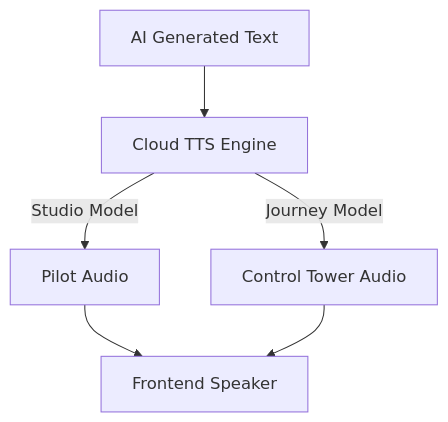
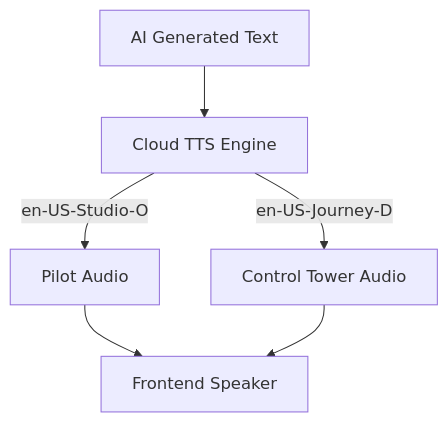
The diagram in codelab/05-immersive-audio.md (jorgeajimenez/ai-flight-simulator), drawn with Mermaid before and after one commit. The commit also changed other lines of this file and 5 other files, not shown here.

````diff
--- a/codelab/05-immersive-audio.md
+++ b/codelab/05-immersive-audio.md
@@ -11,8 +11,8 @@
 ```mermaid
 graph TD
     Text[AI Generated Text] --> TTS[Cloud TTS Engine]
-    TTS -->|Studio Model| P[Pilot Audio]
-    TTS -->|Journey Model| ATC[Control Tower Audio]
+    TTS -->|en-US-Studio-O| P[Pilot Audio]
+    TTS -->|en-US-Journey-D| ATC[Control Tower Audio]
     P --> FE[Frontend Speaker]
     ATC --> FE
 ```
````
